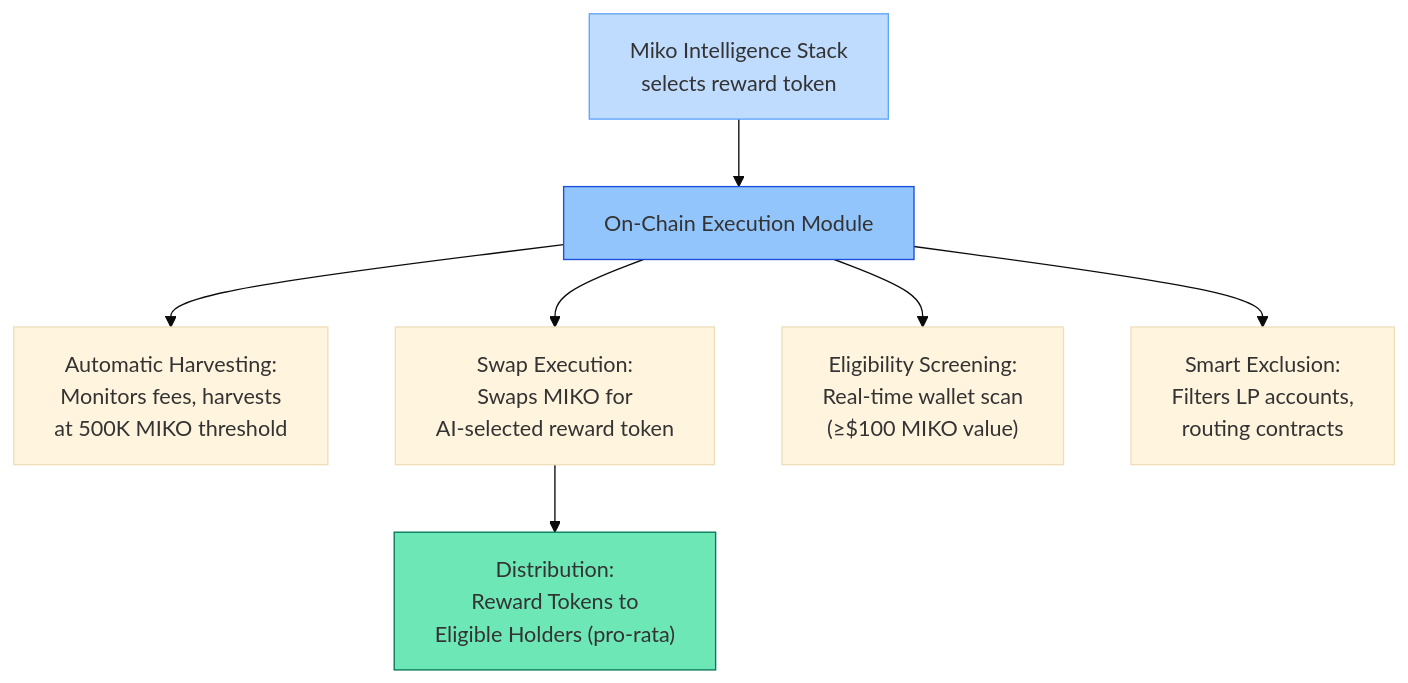
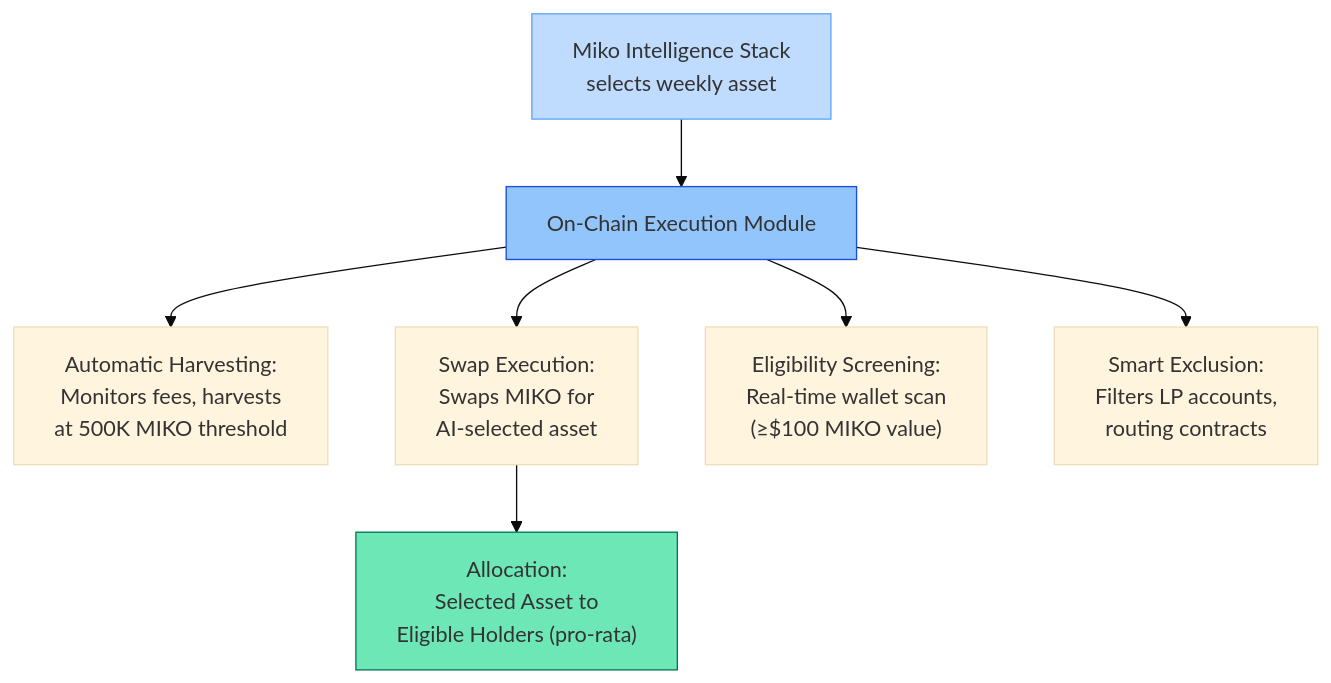
One commit to Miko-Protocol/docs changed the second of 2 diagrams in docs/technical-architecture/smart-contracts.md. Above: the diagram before and after it, drawn with Mermaid (base theme). The commit also changed other lines of this file and 17 other files, not shown here.

````diff
--- a/docs/technical-architecture/smart-contracts.md
+++ b/docs/technical-architecture/smart-contracts.md
@@ -49,12 +49,12 @@
 ```mermaid
 graph TD
-    A["Miko Intelligence Stack<br/>selects reward token"] --> B["On-Chain Execution Module"]
+    A["Miko Intelligence Stack<br/>selects weekly asset"] --> B["On-Chain Execution Module"]
     B --> C["Automatic Harvesting:<br/>Monitors fees, harvests<br/>at 500K MIKO threshold"]
-    B --> D["Swap Execution:<br/>Swaps MIKO for<br/>AI-selected reward token"]
+    B --> D["Swap Execution:<br/>Swaps MIKO for<br/>AI-selected asset"]
     B --> E["Eligibility Screening:<br/>Real-time wallet scan<br/>(≥$100 MIKO value)"]
     B --> F["Smart Exclusion:<br/>Filters LP accounts,<br/>routing contracts"]
-    D --> G["Distribution:<br/>Reward Tokens to<br/>Eligible Holders (pro-rata)"]
+    D --> G["Allocation:<br/>Selected Asset to<br/>Eligible Holders (pro-rata)"]
     style A fill:#bfdbfe,stroke:#60a5fa
     style B fill:#93c5fd,stroke:#1d4ed8
     style G fill:#6ee7b7,stroke:#047857
 ```
````
